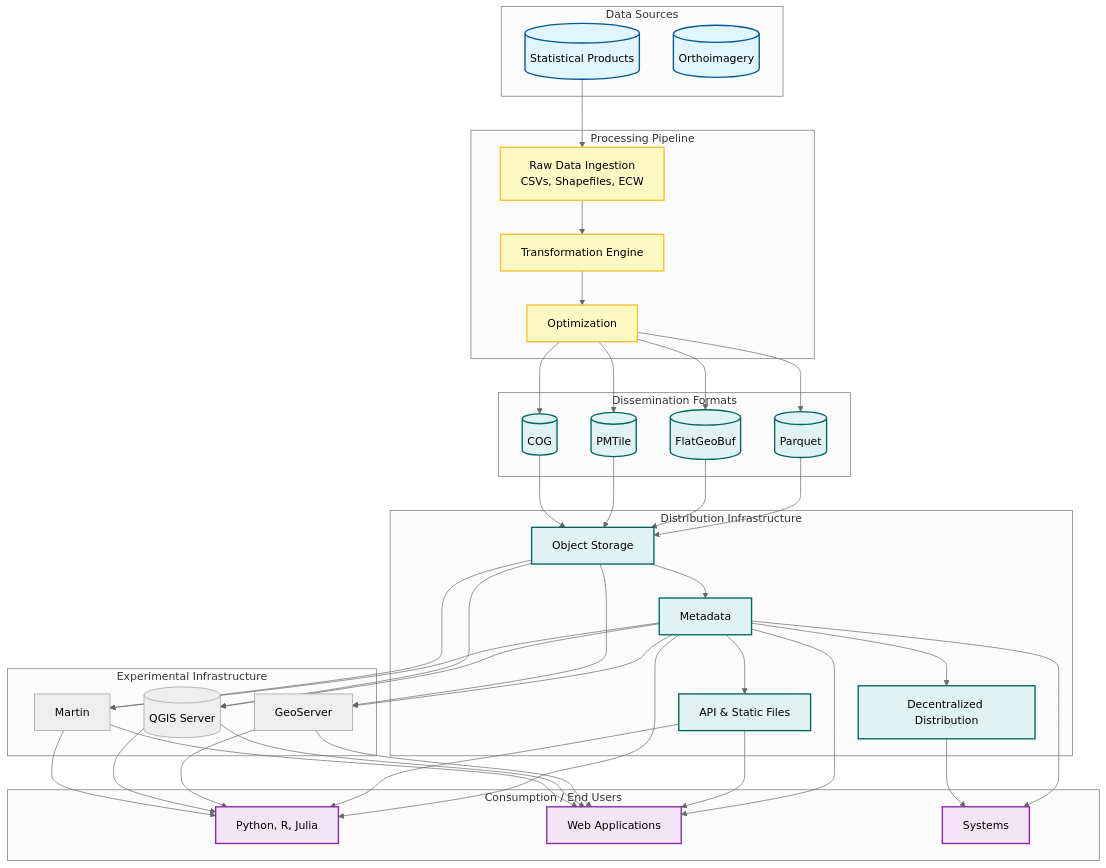
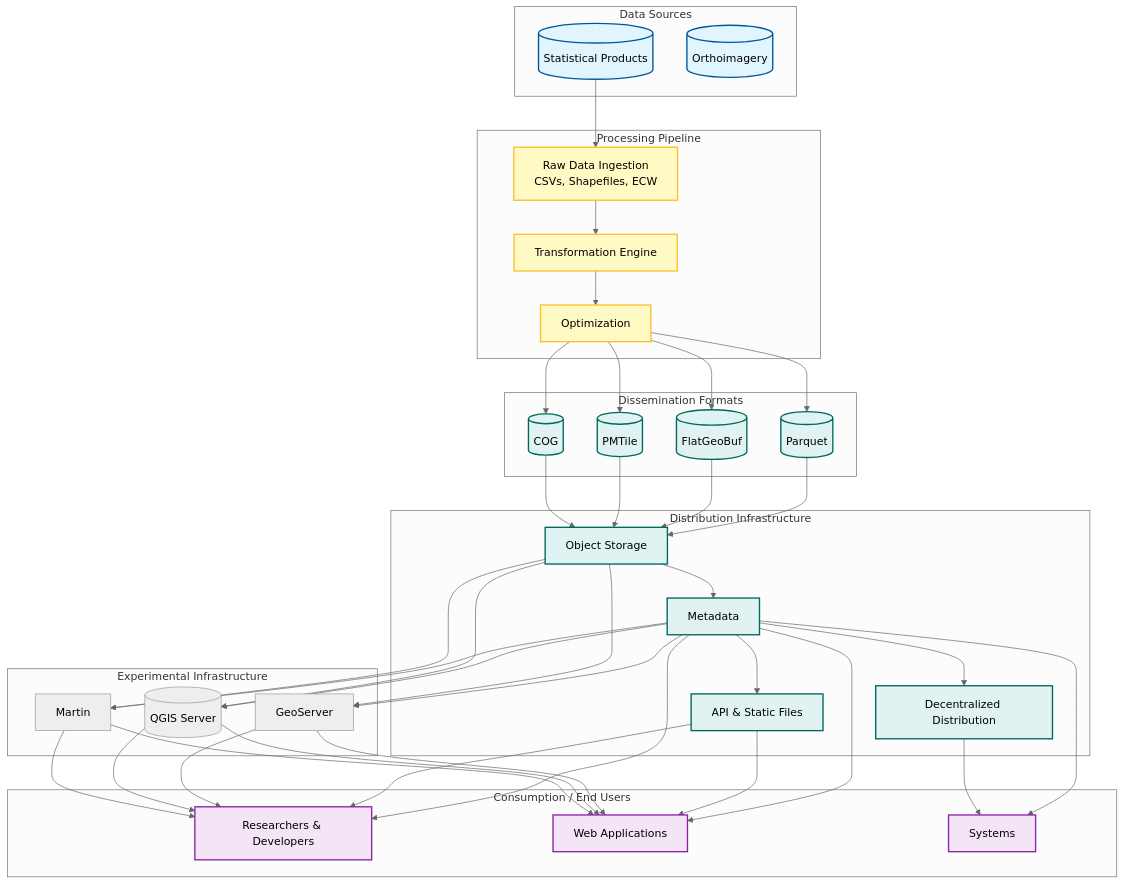
The diagram in content/_index.md (dataforcanada/www.dataforcanada.org), drawn with Mermaid (neutral theme) before and after one commit.

Commit message:
Simplified front page high-level overview diagram

```diff
--- a/content/_index.md
+++ b/content/_index.md
@@ -60,9 +60,8 @@
     end
 
     subgraph "Consumption / End Users"
-        DataSci[DuckDB, Python, QGIS, Jupyter]:::consumer
+        DataSci[Researchers & Developers]:::consumer
         WebApps[Web Applications]:::consumer
-        DataSci[Python, R, Julia]:::consumer
         Systems[Systems]:::consumer
     end
 
```
